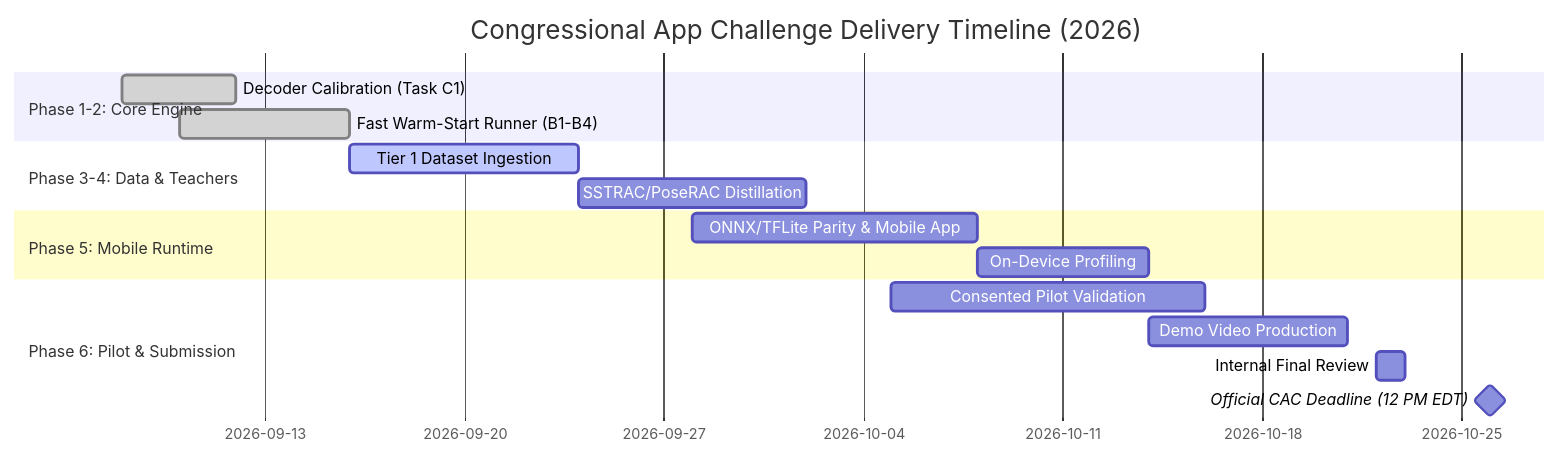
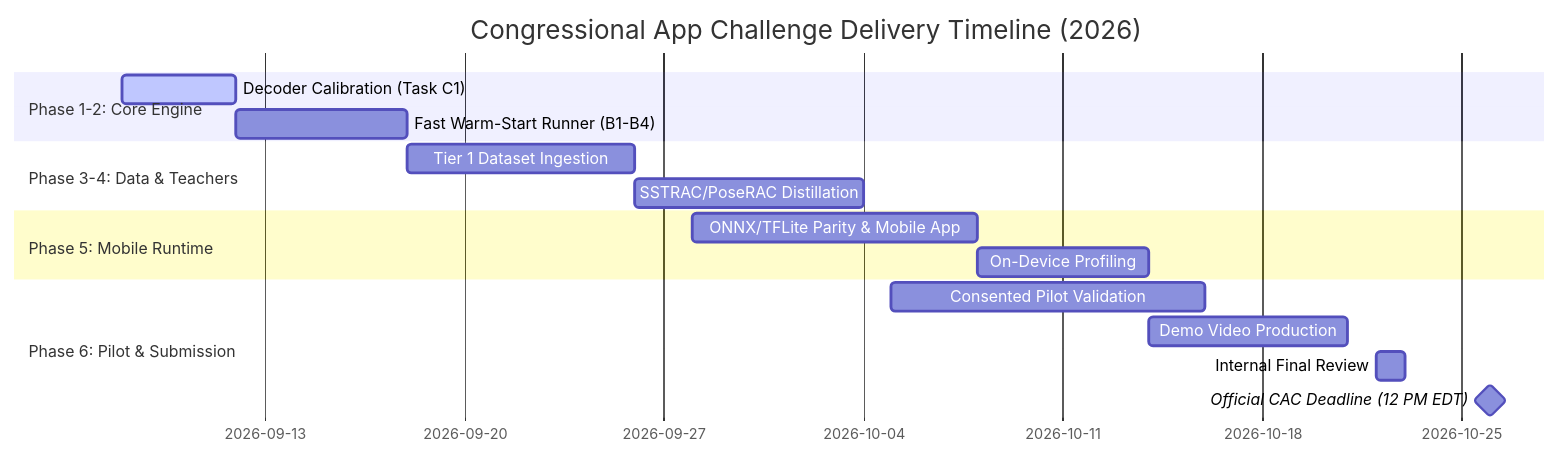
One commit to DeviDeviDeviKanumilli/adaptfit-model changed the fifth of 5 diagrams in docs/project-forward-plan.md. Above: the diagram before and after it, drawn with Mermaid. The commit also changed other lines of this file and 5 other files, not shown here.

First line of the commit message:
Align roadmap statuses, audit dataset mappings, and enforce runbook checks

````diff
--- a/docs/project-forward-plan.md
+++ b/docs/project-forward-plan.md
@@ -343,19 +343,19 @@
 ```mermaid
 gantt
     title Congressional App Challenge Delivery Timeline (2026)
     dateFormat  YYYY-MM-DD
     section Phase 1-2: Core Engine
-    Decoder Calibration (Task C1)     :done, 2026-09-08, 2026-09-12
-    Fast Warm-Start Runner (B1-B4)    :done, 2026-09-10, 2026-09-16
+    Decoder Calibration (Task C1)     :active, 2026-09-08, 2026-09-12
+    Fast Warm-Start Runner (B1-B4)    :2026-09-12, 2026-09-18
     section Phase 3-4: Data & Teachers
-    Tier 1 Dataset Ingestion          :active, 2026-09-16, 2026-09-24
-    SSTRAC/PoseRAC Distillation       :2026-09-24, 2026-10-02
+    Tier 1 Dataset Ingestion          :2026-09-18, 2026-09-26
+    SSTRAC/PoseRAC Distillation       :2026-09-26, 2026-10-04
     section Phase 5: Mobile Runtime
     ONNX/TFLite Parity & Mobile App   :2026-09-28, 2026-10-08
     On-Device Profiling               :2026-10-08, 2026-10-14
     section Phase 6: Pilot & Submission
     Consented Pilot Validation        :2026-10-05, 2026-10-16
     Demo Video Production             :2026-10-14, 2026-10-21
     Internal Final Review             :2026-10-22, 2026-10-23
     Official CAC Deadline (12 PM EDT) :milestone, 2026-10-26, 0d
 ```
````
